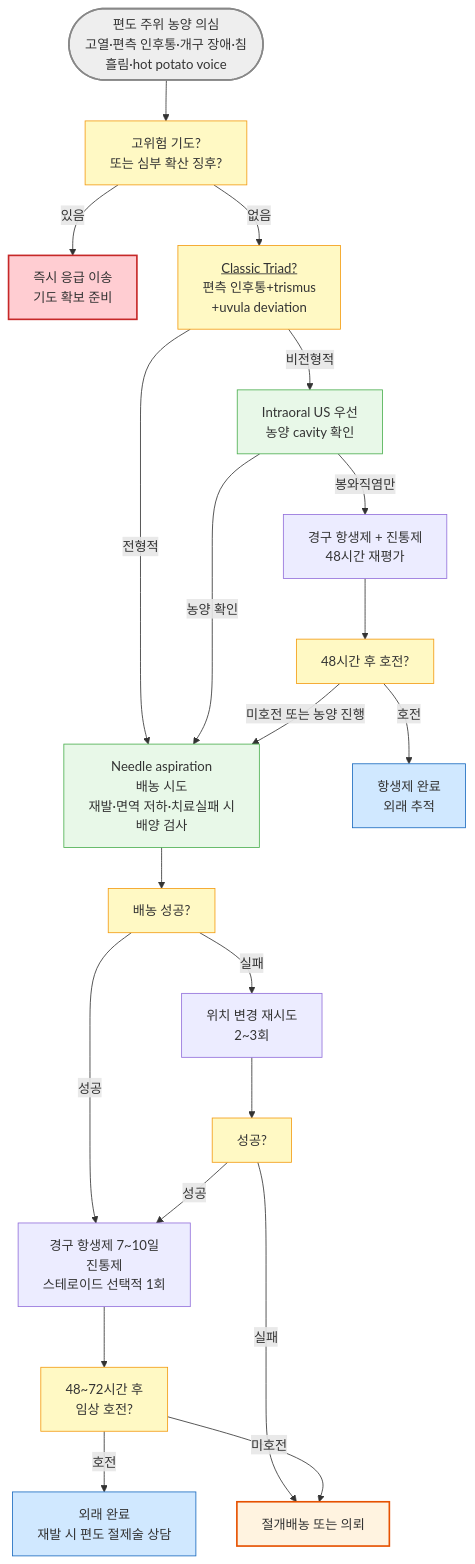
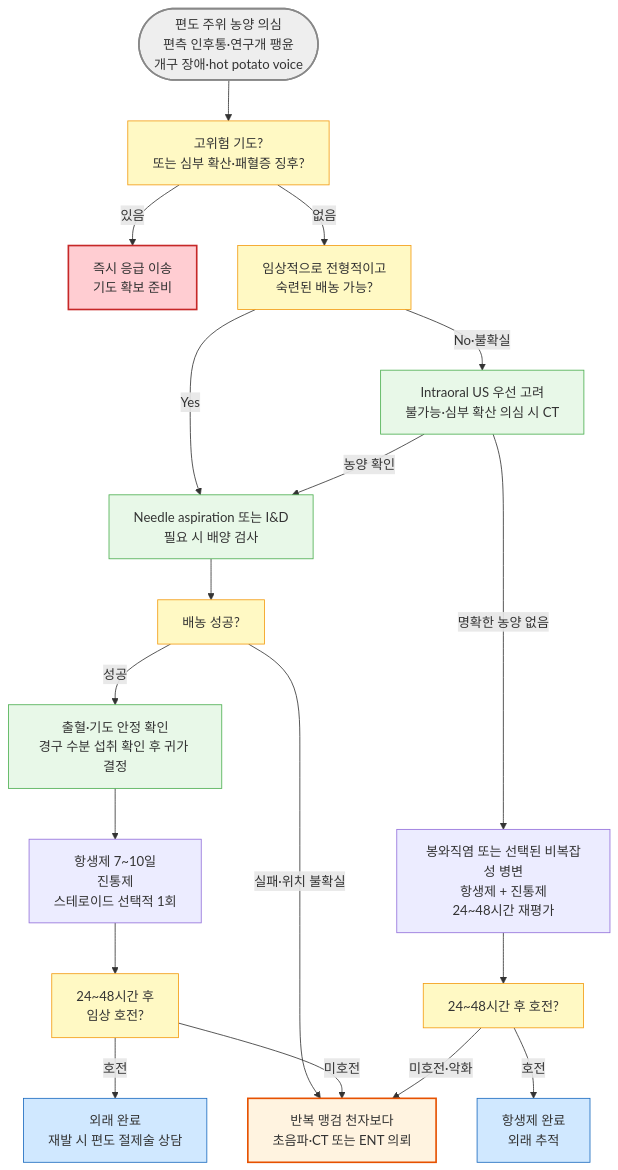
The diagram in 223_/065_-peritonsillar-abscess.md (familyoh77/familyoh77), drawn with Mermaid before and after one commit. The commit also changed other lines of this file and 5 other files, not shown here.

````diff
--- a/223_/065_-peritonsillar-abscess.md
+++ b/223_/065_-peritonsillar-abscess.md
@@ -108,32 +111,29 @@
 ```mermaid
 graph TD
-    A([편도 주위 농양 의심<br/>고열·편측 인후통·개구 장애·침흘림·hot potato voice]) --> B[고위험 기도?<br/>또는 심부 확산 징후?]
+    A([편도 주위 농양 의심<br/>편측 인후통·연구개 팽윤<br/>개구 장애·hot potato voice]) --> B[고위험 기도?<br/>또는 심부 확산·패혈증 징후?]
     B -- 있음 --> C[즉시 응급 이송<br/>기도 확보 준비]
-    B -- 없음 --> D[<u>Classic Triad?</u><br/>편측 인후통+trismus<br/>+uvula deviation]
-    D -- 전형적 --> G[Needle aspiration<br/>배농 시도<br/>재발·면역 저하·치료실패 시 
-    배양 검사]
-    D -- 비전형적 --> E[Intraoral US 우선<br/>농양 cavity 확인]
+    B -- 없음 --> D[임상적으로 전형적이고<br/>숙련된 배농 가능?]
+    D -- Yes --> G[Needle aspiration 또는 I&D<br/>필요 시 배양 검사]
+    D -- No·불확실 --> E[Intraoral US 우선 고려<br/>불가능·심부 확산 의심 시 CT]
     E -- 농양 확인 --> G
-    E -- 봉와직염만 --> F[경구 항생제 + 진통제<br/>48시간 재평가]
+    E -- 명확한 농양 없음 --> F[봉와직염 또는 선택된 비복잡성 병변<br/>항생제 + 진통제<br/>24~48시간 재평가]
     G --> H[배농 성공?]
-    H -- 성공 --> I[경구 항생제 7~10일<br/>진통제<br/>스테로이드 선택적 1회]
-    H -- 실패 --> G2[위치 변경 재시도<br/>2~3회]
-    G2 --> H2[성공?]
-    H2 -- 성공 --> I
-    H2 -- 실패 --> J[절개배농 또는 의뢰]
-    I --> K[48~72시간 후<br/>임상 호전?]
+    H -- 성공 --> O[출혈·기도 안정 확인<br/>경구 수분 섭취 확인 후 귀가 결정]
+    H -- 실패·위치 불확실 --> J[반복 맹검 천자보다<br/>초음파·CT 또는 ENT 의뢰]
+    O --> I[항생제 7~10일<br/>진통제<br/>스테로이드 선택적 1회]
+    I --> K[24~48시간 후<br/>임상 호전?]
     K -- 호전 --> L[외래 완료<br/>재발 시 편도 절제술 상담]
     K -- 미호전 --> J
-    F --> M[48시간 후 호전?]
+    F --> M[24~48시간 후 호전?]
     M -- 호전 --> N[항생제 완료<br/>외래 추적]
-    M -- 미호전 또는 농양 진행 --> G
+    M -- 미호전·악화 --> J
 style A fill:#eeeeee,stroke:#888888,stroke-width:2px
 classDef yellow fill:#fff9c4,stroke:#f39c12
-class B,D,H,H2,M,K yellow
+class B,D,H,M,K yellow
 classDef blue fill:#d0e8ff,stroke:#1a6abf
 class N,L blue
 classDef lightGreen fill:#e8f8e8,stroke:#4caf50
-class G,E lightGreen
+class G,E,O lightGreen
     style C fill:#ffcdd2,stroke:#c62828,stroke-width:2px
     style J fill:#fff3e0,stroke:#e65100,stroke-width:2px
 ```
````
